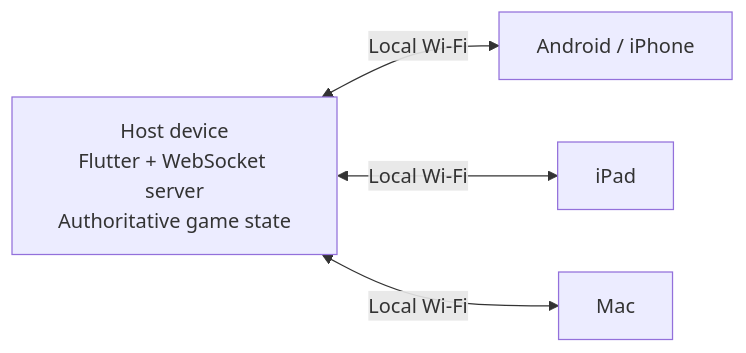
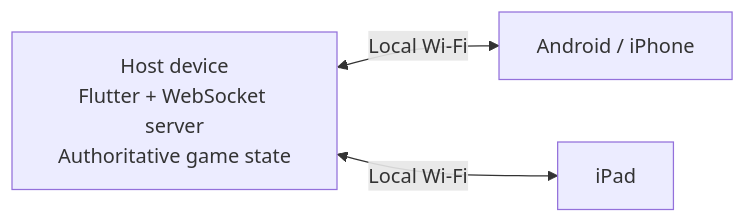
One commit to tiredbw/MunchkinApp changed the first of 2 diagrams in README.md. Above: the diagram before and after it, drawn with Mermaid. The commit also changed other lines of this file, not shown here.

Commit message:
Update implementation roadmap

````diff
--- a/README.md
+++ b/README.md
@@ -37,7 +37,6 @@
 ```mermaid
 flowchart LR
     H["Host device<br/>Flutter + WebSocket server<br/>Authoritative game state"]
     H <-->|"Local Wi-Fi"| A["Android / iPhone"]
     H <-->|"Local Wi-Fi"| B["iPad"]
-    H <-->|"Local Wi-Fi"| C["Mac"]
 ```
````
